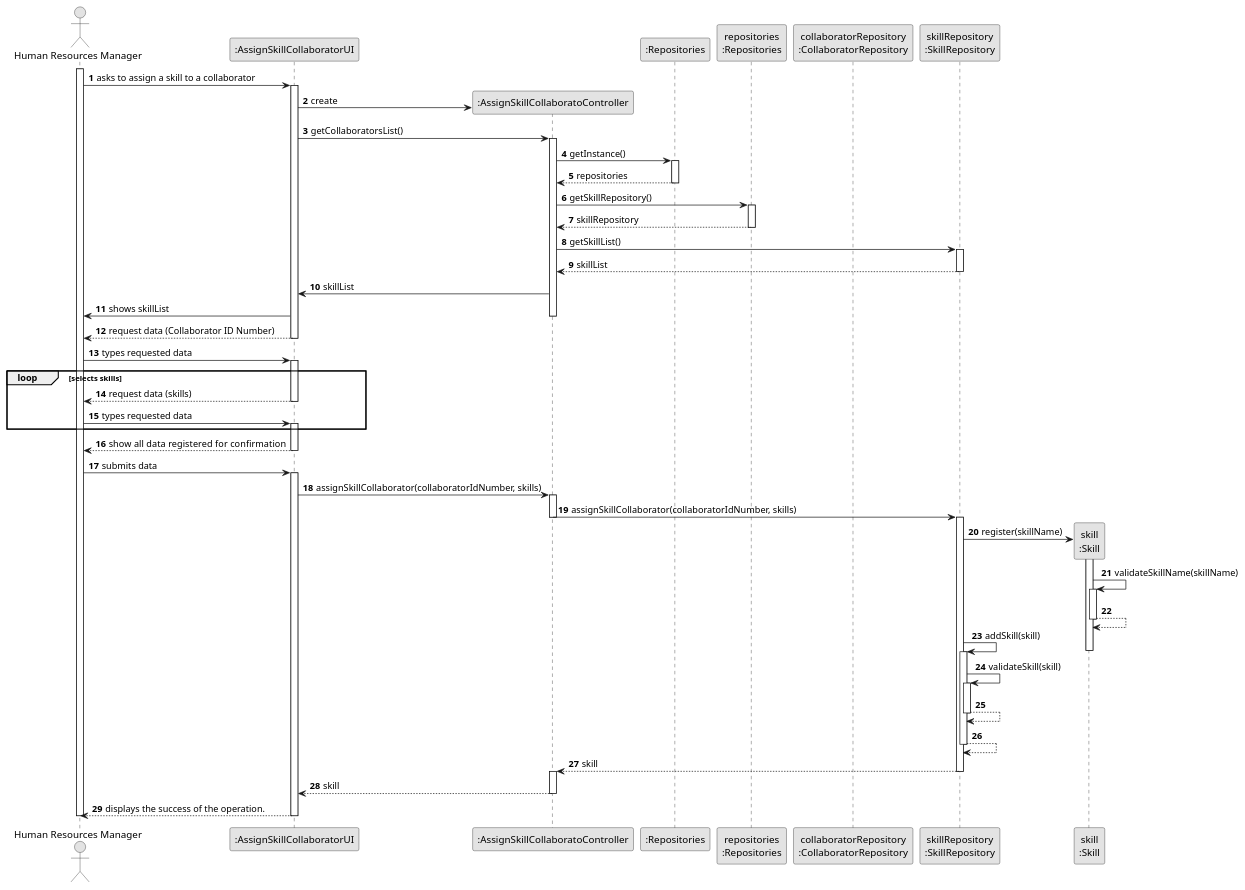
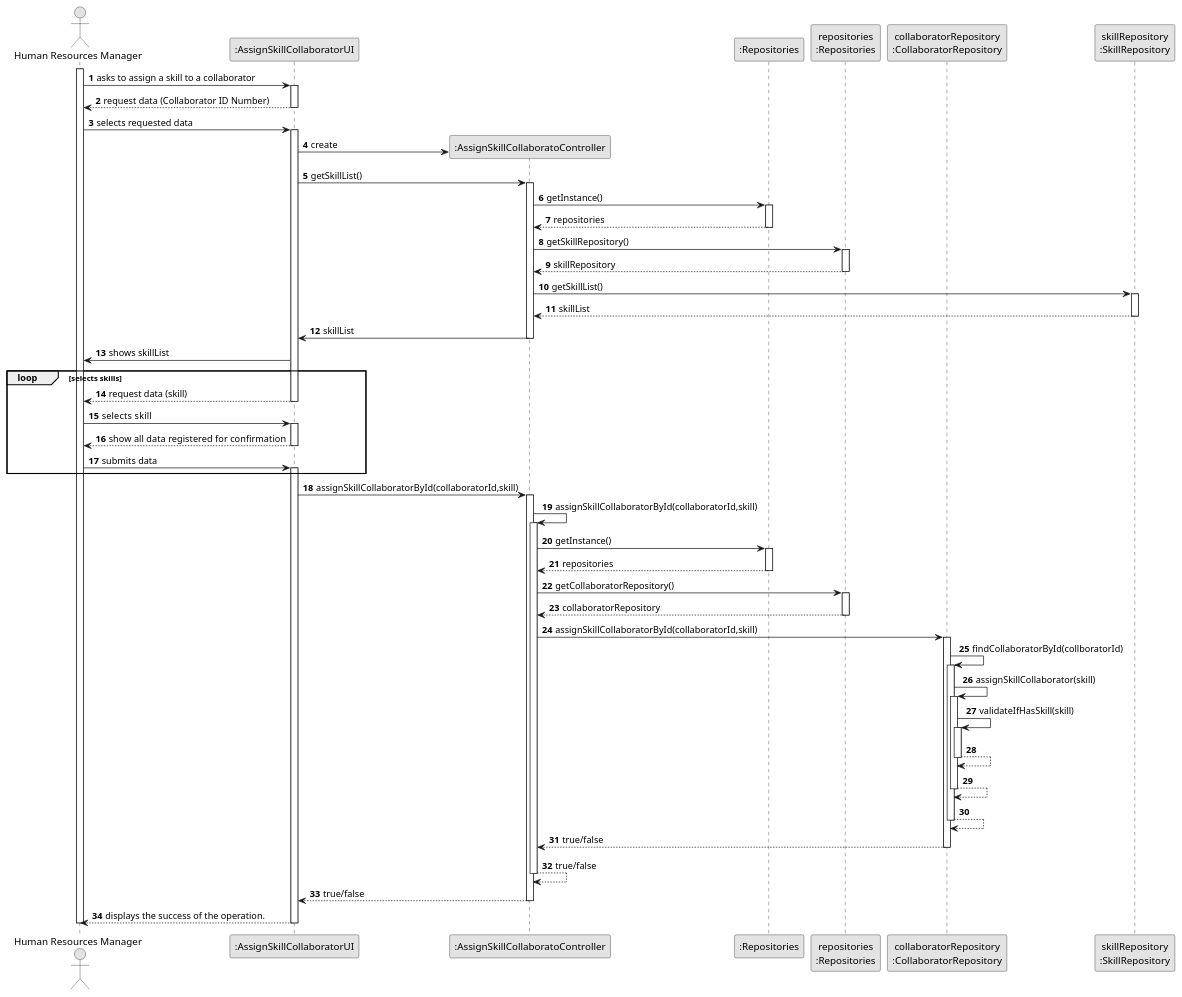
Before and after one commit to SAEmanuel/Green_Spaces_Management_ISEP: the diagram in docs/sprintB/us004/03.design/puml/us004-sequence-diagram-full.puml, drawn with PlantUML. The commit also changed 19 other files, not shown here.

Commit message:
US004 - design (all diagrams) v2.2.0

```diff
--- a/docs/sprintB/us004/03.design/puml/us004-sequence-diagram-full.puml
+++ b/docs/sprintB/us004/03.design/puml/us004-sequence-diagram-full.puml
@@ -1,120 +1,142 @@
 @startuml
 skinparam monochrome true
 skinparam packageStyle rectangle
 skinparam shadowing false
 
 autonumber
 
 'hide footbox
 actor "Human Resources Manager" as HRM
 participant ":AssignSkillCollaboratorUI" as UI
 participant ":AssignSkillCollaboratoController" as CTRL
 participant ":Repositories" as RepositorySingleton
 participant "repositories\n:Repositories" as PLAT
 participant "collaboratorRepository\n:CollaboratorRepository" as collaboratorRepository
 participant "skillRepository\n:SkillRepository" as skillRepository
-participant "skill\n:Skill" as EMPREGO
 
 activate HRM
 
         HRM -> UI : asks to assign a skill to a collaborator
 
 
         activate UI
 
+        UI --> HRM : request data (Collaborator ID Number)
+        deactivate UI
+
+
+        HRM -> UI : selects requested data
+        activate UI
+
         UI -> CTRL** : create
 
-        UI -> CTRL : getCollaboratorsList()
+        UI -> CTRL : getSkillList()
         activate CTRL
 
             CTRL -> RepositorySingleton : getInstance()
             activate RepositorySingleton
 
             RepositorySingleton --> CTRL : repositories
             deactivate RepositorySingleton
 
             CTRL -> PLAT : getSkillRepository()
             activate PLAT
 
             PLAT --> CTRL : skillRepository
             deactivate PLAT
 
             CTRL -> skillRepository : getSkillList()
             activate skillRepository
 
             skillRepository --> CTRL : skillList
             deactivate skillRepository
 
             CTRL -> UI :  skillList
+        deactivate CTRL
             UI -> HRM : shows skillList
-
-        deactivate CTRL
 
 
 
-     UI --> HRM : request data (Collaborator ID Number)
-    deactivate UI
 
 
-    HRM -> UI : types requested data
-    activate UI
 
     loop selects skills
 
-        UI --> HRM : request data (skills)
+        UI --> HRM : request data (skill)
         deactivate UI
 
 
-        HRM -> UI : types requested data
+        HRM -> UI : selects  skill
         activate UI
 
-    end
 
         UI --> HRM : show all data registered  for confirmation
         deactivate UI
 
         HRM -> UI : submits data
             activate UI
+    end
 
 
-            UI -> CTRL : assignSkillCollaborator(collaboratorIdNumber, skills)
+
+
+
+
+
+            UI -> CTRL : assignSkillCollaboratorById(collaboratorId,skill)
             activate CTRL
 
 
-                CTRL -> skillRepository: assignSkillCollaborator(collaboratorIdNumber, skills)
-                deactivate CTRL
-                activate skillRepository
+            CTRL -> CTRL : assignSkillCollaboratorById(collaboratorId,skill)
+                    activate CTRL
+
+                        CTRL -> RepositorySingleton : getInstance()
+                        activate RepositorySingleton
+
+                        RepositorySingleton --> CTRL : repositories
+                        deactivate RepositorySingleton
+
+                        CTRL -> PLAT : getCollaboratorRepository()
+                        activate PLAT
+
+                        PLAT --> CTRL : collaboratorRepository
+                        deactivate PLAT
+
+
+                        CTRL -> collaboratorRepository : assignSkillCollaboratorById(collaboratorId,skill)
+                        activate collaboratorRepository
+
+                        collaboratorRepository -> collaboratorRepository : findCollaboratorById(collboratorId)
+                        activate collaboratorRepository
+
+                        collaboratorRepository -> collaboratorRepository: assignSkillCollaborator(skill)
+                        activate collaboratorRepository
+                        collaboratorRepository -> collaboratorRepository: validateIfHasSkill(skill)
+                                activate collaboratorRepository
+
+                                collaboratorRepository --> collaboratorRepository
+                                deactivate collaboratorRepository
+                        collaboratorRepository --> collaboratorRepository :
+                        deactivate collaboratorRepository
+                        collaboratorRepository --> collaboratorRepository :
+
+                        deactivate collaboratorRepository
+
+
+                        collaboratorRepository --> CTRL : true/false
+                        deactivate collaboratorRepository
+
+                        CTRL --> CTRL : true/false
+                        deactivate CTRL
 
 
 
-                skillRepository -> EMPREGO**: register(skillName)
 
-                activate EMPREGO
-
-                    EMPREGO -> EMPREGO : validateSkillName(skillName)
-                    activate EMPREGO
-                        EMPREGO --> EMPREGO
-                deactivate EMPREGO
-                                    skillRepository -> skillRepository: addSkill(skill)
-                deactivate EMPREGO
-                                    activate skillRepository
-                                        skillRepository -> skillRepository: validateSkill(skill)
-                                        activate skillRepository
-                                            skillRepository --> skillRepository
-                                        deactivate skillRepository
-
-                                        skillRepository --> skillRepository
-                                    deactivate skillRepository
-
-                                    skillRepository --> CTRL : skill
-                                    deactivate skillRepository
-                                    activate CTRL
-
-                CTRL --> UI: skill
+                CTRL --> UI: true/false
                 deactivate CTRL
                 UI --> HRM: displays the success of the operation.
 
         deactivate UI
     deactivate HRM
 
 @enduml
```
